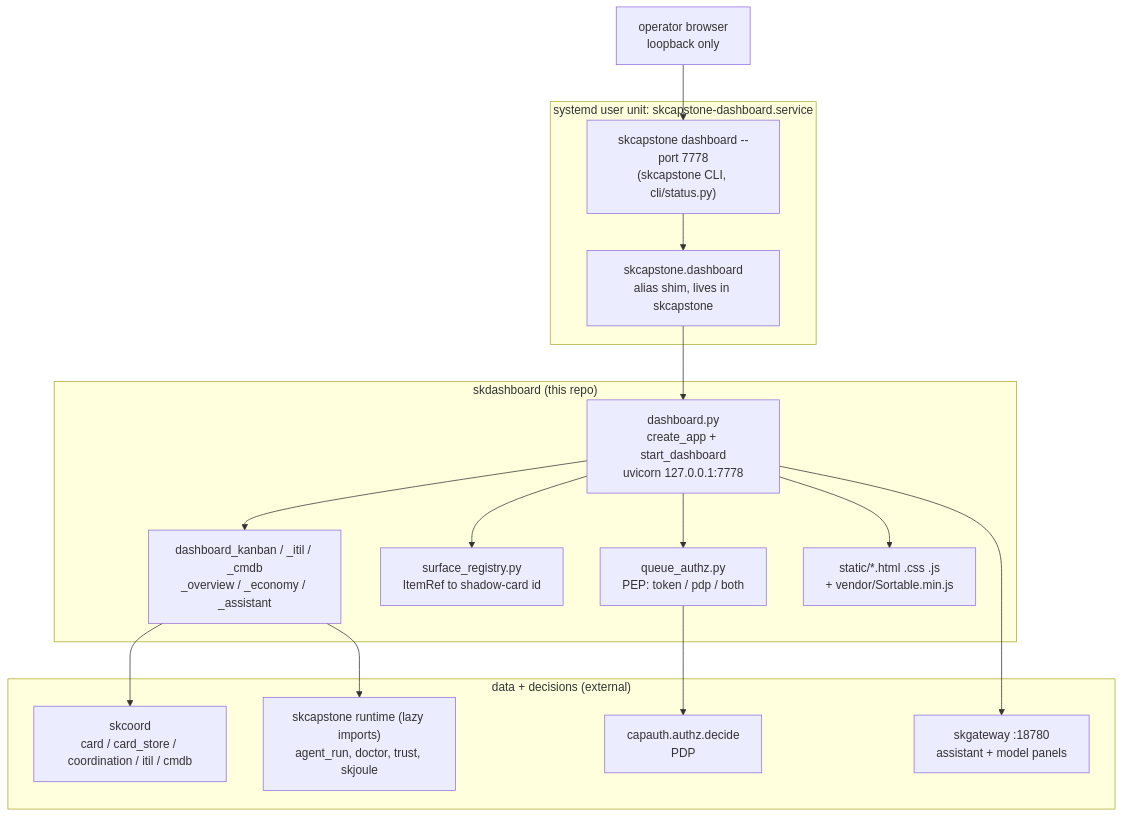
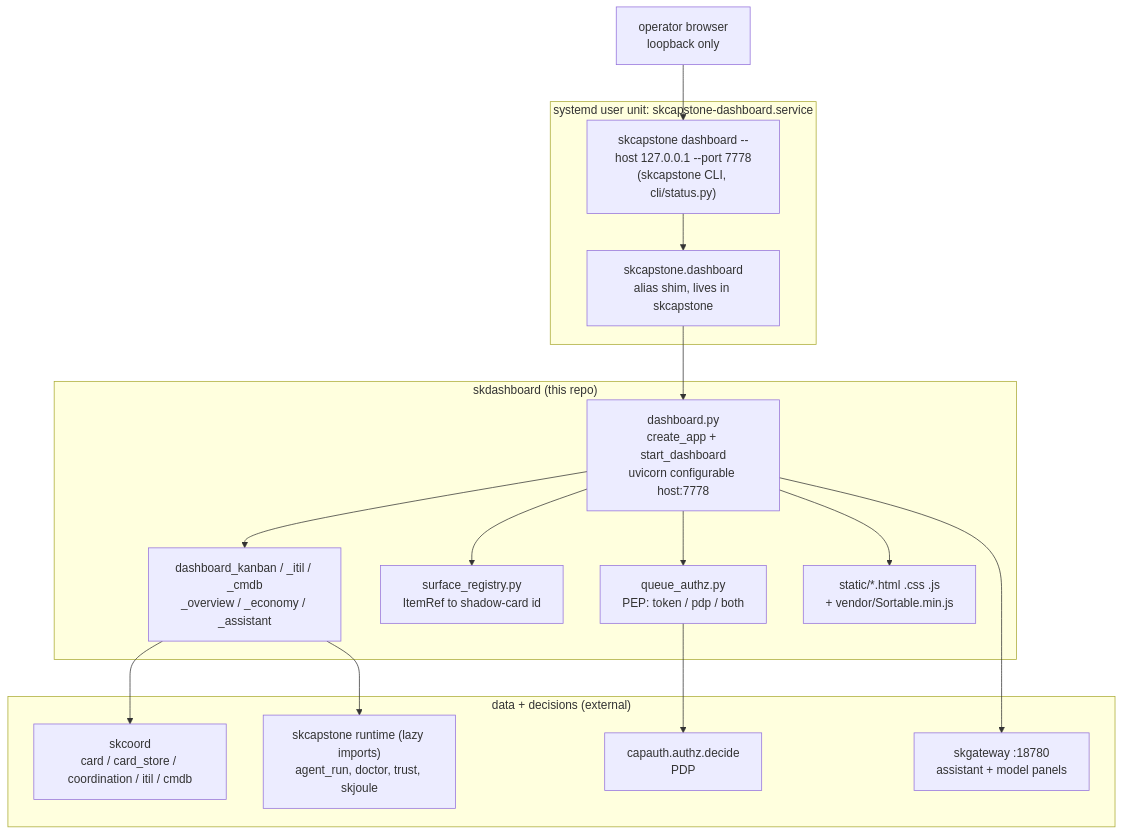
One commit to smilinTux/skcapstone changed the diagram in SOP.md. Above: the diagram before and after it, drawn with Mermaid. The commit also changed other lines of this file and 3 other files, not shown here.

First line of the commit message:
feat: support explicit dashboard bind host (#15)

````diff
--- a/SOP.md
+++ b/SOP.md
@@ -50,36 +50,36 @@
 ```mermaid
 flowchart TB
     OP["operator browser<br/>loopback only"]
 
     subgraph UNIT["systemd user unit: skcapstone-dashboard.service"]
-      CLI["skcapstone dashboard --port 7778<br/>(skcapstone CLI, cli/status.py)"]
+      CLI["skcapstone dashboard --host 127.0.0.1 --port 7778<br/>(skcapstone CLI, cli/status.py)"]
       SHIM["skcapstone.dashboard<br/>alias shim, lives in skcapstone"]
       CLI --> SHIM
     end
 
     subgraph PKG["skdashboard (this repo)"]
-      APP["dashboard.py<br/>create_app + start_dashboard<br/>uvicorn 127.0.0.1:7778"]
+      APP["dashboard.py<br/>create_app + start_dashboard<br/>uvicorn configurable host:7778"]
       PANELS["dashboard_kanban / _itil / _cmdb<br/>_overview / _economy / _assistant"]
       REG["surface_registry.py<br/>ItemRef to shadow-card id"]
       AUTHZ["queue_authz.py<br/>PEP: token / pdp / both"]
       STATIC["static/*.html .css .js<br/>+ vendor/Sortable.min.js"]
       APP --> PANELS
       APP --> REG
       APP --> AUTHZ
       APP --> STATIC
     end
 
     subgraph DATA["data + decisions (external)"]
       SKCOORD["skcoord<br/>card / card_store / coordination / itil / cmdb"]
       SKCAP["skcapstone runtime (lazy imports)<br/>agent_run, doctor, trust, skjoule"]
       CAPAUTH["capauth.authz.decide<br/>PDP"]
       GW["skgateway :18780<br/>assistant + model panels"]
     end
 
     OP --> CLI
     SHIM --> APP
     PANELS --> SKCOORD
     PANELS --> SKCAP
     AUTHZ --> CAPAUTH
     APP --> GW
 ```
````
